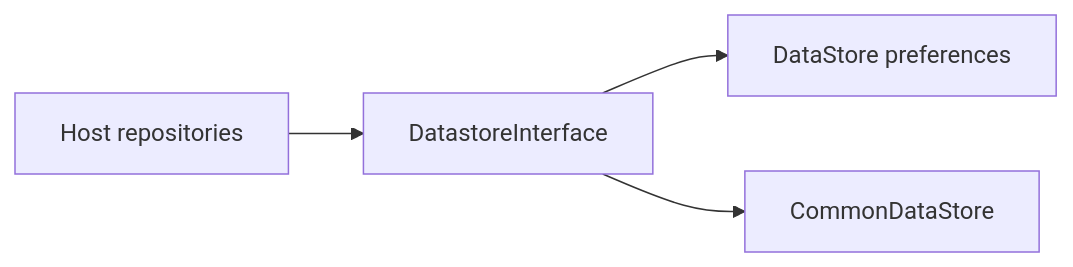
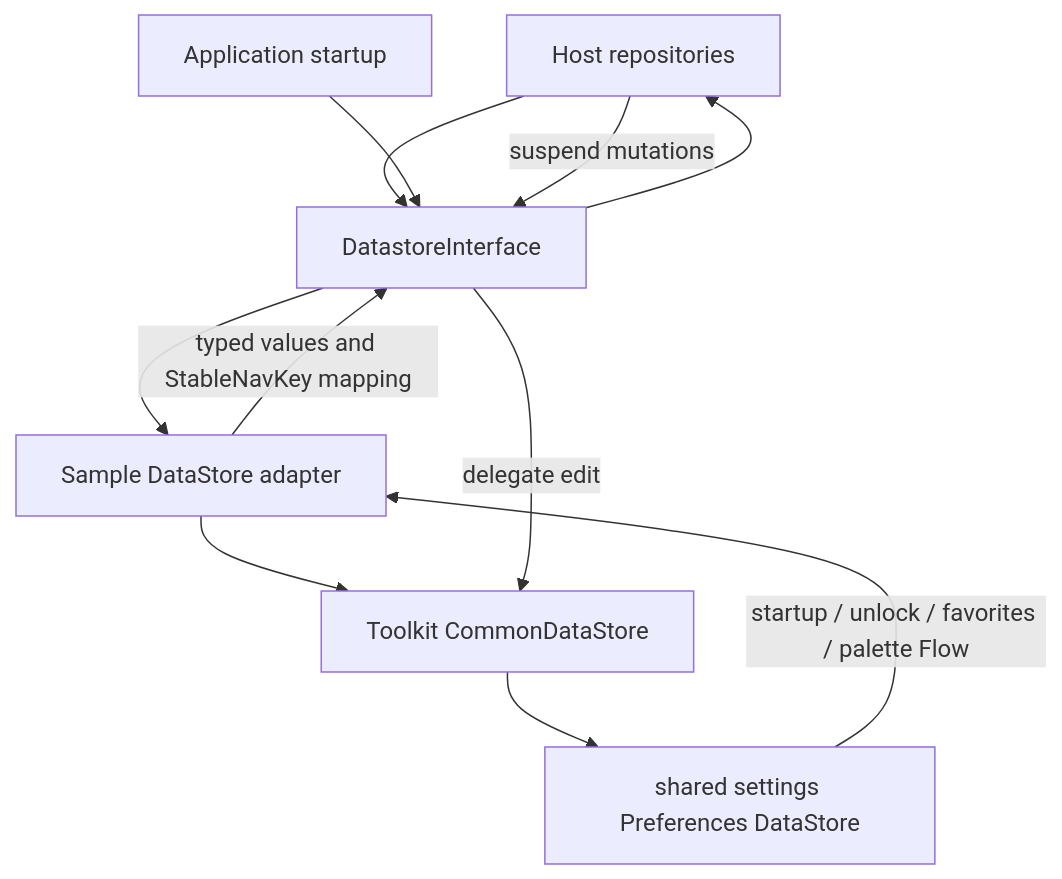
One commit to MihaiCristianCondrea/App-Toolkit-for-Android changed the diagram in sample/core/datastore/README.md. Above: the diagram before and after it, drawn with Mermaid. The commit also changed other lines of this file and 57 other files, not shown here.

````diff
--- a/sample/core/datastore/README.md
+++ b/sample/core/datastore/README.md
@@ -32,6 +32,13 @@
 ```mermaid
-flowchart LR
-    Repos[Host repositories] --> Interface[DatastoreInterface]
-    Interface --> Store[DataStore preferences]
-    Interface --> Common[CommonDataStore]
+flowchart TD
+    Repos[Host repositories] --> Contract[DatastoreInterface]
+    App[Application startup] --> Contract
+    Contract --> Adapter[Sample DataStore adapter]
+    Adapter --> Common[Toolkit CommonDataStore]
+    Common --> Store["shared settings Preferences DataStore"]
+    Store -->|startup / unlock / favorites / palette Flow| Adapter
+    Adapter -->|typed values and StableNavKey mapping| Contract
+    Contract --> Repos
+    Repos -->|suspend mutations| Contract
+    Contract -->|delegate edit| Common
 ```
````
